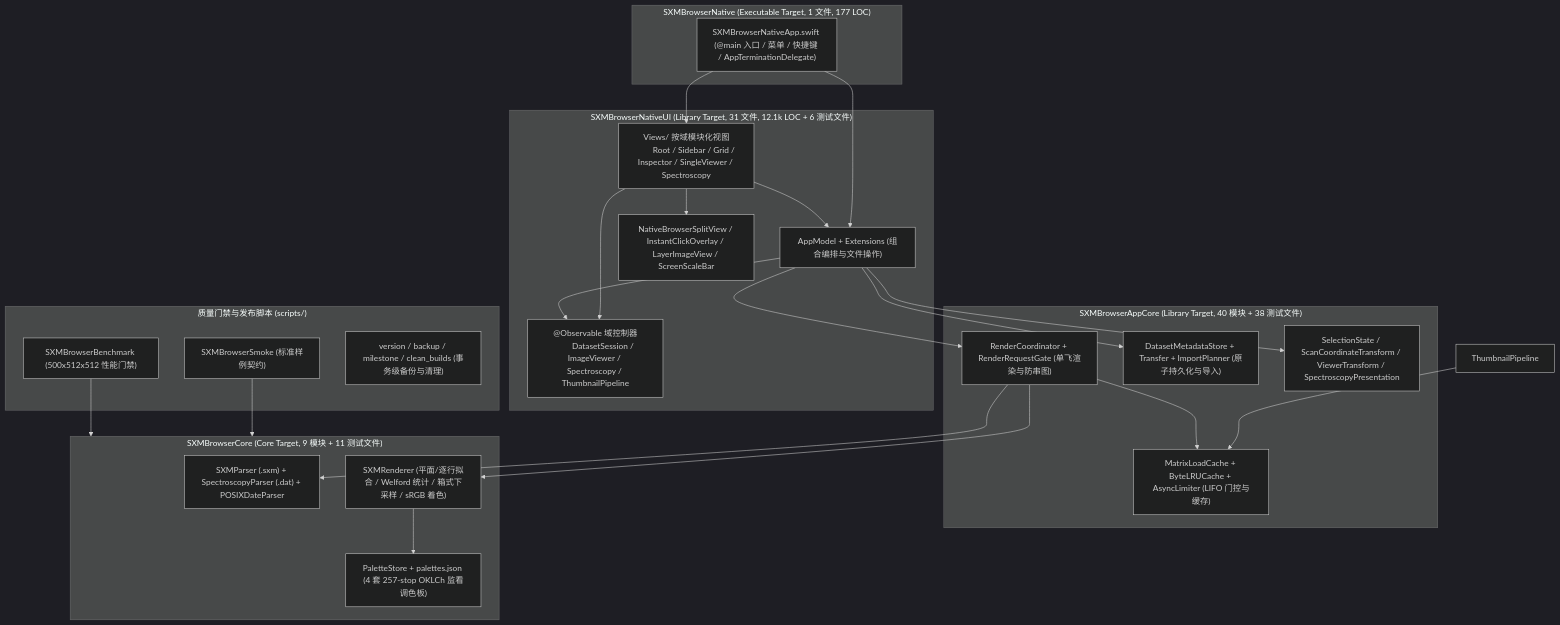
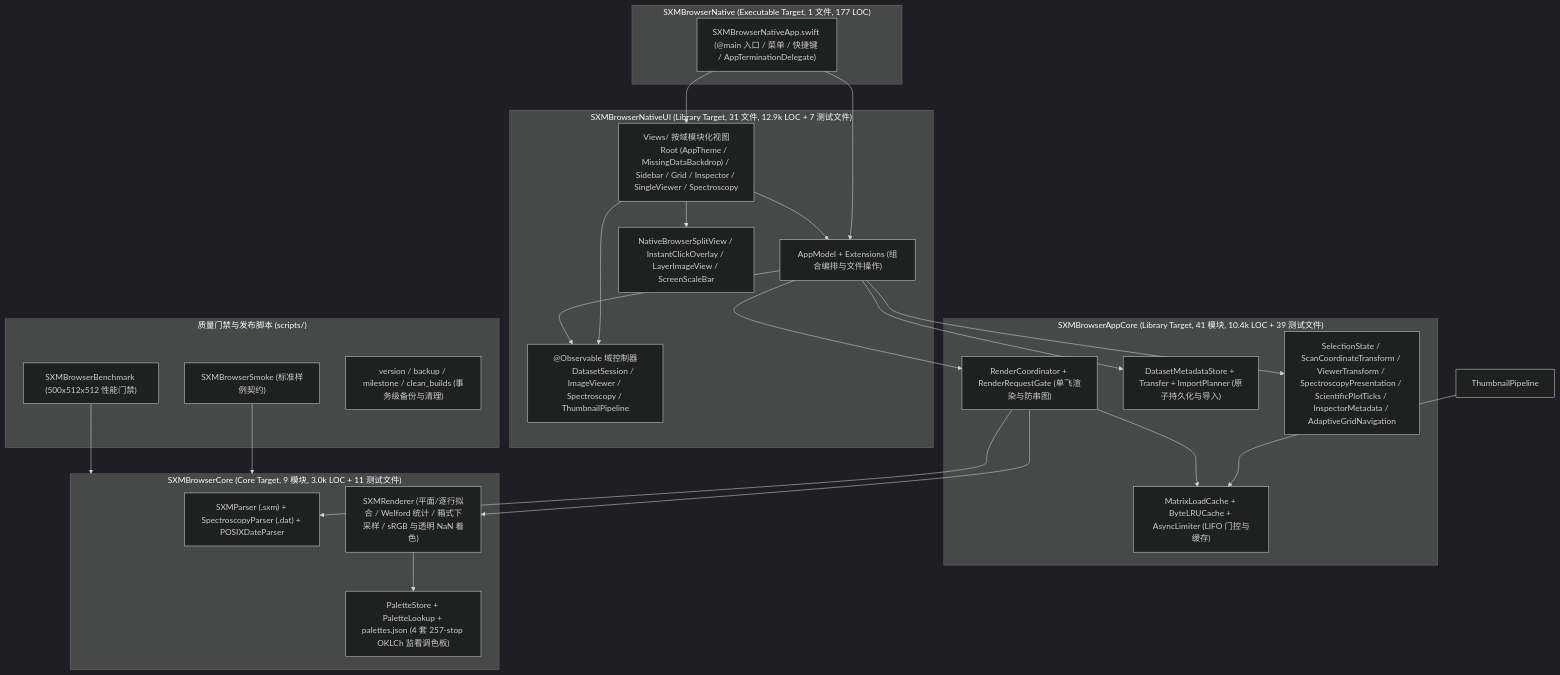
One commit to uuCicadas/SXMBrowser changed the second of 3 diagrams in ROADMAP.md. Above: the diagram before and after it, drawn with Mermaid (dark theme). The commit also changed other lines of this file and 3 other files, not shown here.

````diff
--- a/ROADMAP.md
+++ b/ROADMAP.md
@@ -47,51 +47,51 @@
 ```mermaid
 flowchart TD
     subgraph AppLayer["SXMBrowserNative (Executable Target, 1 文件, 177 LOC)"]
         AppEntry["SXMBrowserNativeApp.swift (@main 入口 / 菜单 / 快捷键 / AppTerminationDelegate)"]
     end
 
-    subgraph UILayer["SXMBrowserNativeUI (Library Target, 31 文件, 12.1k LOC + 6 测试文件)"]
+    subgraph UILayer["SXMBrowserNativeUI (Library Target, 31 文件, 12.9k LOC + 7 测试文件)"]
         AppModel["AppModel + Extensions (组合编排与文件操作)"]
         Controllers["@Observable 域控制器
         DatasetSession / ImageViewer / Spectroscopy / ThumbnailPipeline"]
         Views["Views/ 按域模块化视图
-        Root / Sidebar / Grid / Inspector / SingleViewer / Spectroscopy"]
+        Root (AppTheme / MissingDataBackdrop) / Sidebar / Grid / Inspector / SingleViewer / Spectroscopy"]
         Bridges["NativeBrowserSplitView / InstantClickOverlay / LayerImageView / ScreenScaleBar"]
     end
 
-    subgraph AppCoreLayer["SXMBrowserAppCore (Library Target, 40 模块 + 38 测试文件)"]
+    subgraph AppCoreLayer["SXMBrowserAppCore (Library Target, 41 模块, 10.4k LOC + 39 测试文件)"]
         RenderCoord["RenderCoordinator + RenderRequestGate (单飞渲染与防串图)"]
         Cache["MatrixLoadCache + ByteLRUCache + AsyncLimiter (LIFO 门控与缓存)"]
         MetaStore["DatasetMetadataStore + Transfer + ImportPlanner (原子持久化与导入)"]
-        DomainState["SelectionState / ScanCoordinateTransform / ViewerTransform / SpectroscopyPresentation"]
+        DomainState["SelectionState / ScanCoordinateTransform / ViewerTransform / SpectroscopyPresentation / ScientificPlotTicks / InspectorMetadata / AdaptiveGridNavigation"]
     end
 
-    subgraph CoreLayer["SXMBrowserCore (Core Target, 9 模块 + 11 测试文件)"]
+    subgraph CoreLayer["SXMBrowserCore (Core Target, 9 模块, 3.0k LOC + 11 测试文件)"]
         Parsers["SXMParser (.sxm) + SpectroscopyParser (.dat) + POSIXDateParser"]
-        Renderer["SXMRenderer (平面/逐行拟合 / Welford 统计 / 箱式下采样 / sRGB 着色)"]
-        Palettes["PaletteStore + palettes.json (4 套 257-stop OKLCh 监看调色板)"]
+        Renderer["SXMRenderer (平面/逐行拟合 / Welford 统计 / 箱式下采样 / sRGB 与透明 NaN 着色)"]
+        Palettes["PaletteStore + PaletteLookup + palettes.json (4 套 257-stop OKLCh 监看调色板)"]
     end
 
     subgraph Tooling["质量门禁与发布脚本 (scripts/)"]
         Smoke["SXMBrowserSmoke (标准样例契约)"]
         Bench["SXMBrowserBenchmark (500x512x512 性能门禁)"]
         Checkpoints["version / backup / milestone / clean_builds (事务级备份与清理)"]
     end
 
     AppEntry --> AppModel
     AppEntry --> Views
     Views --> AppModel
     Views --> Controllers
     Views --> Bridges
     AppModel --> Controllers
     AppModel --> RenderCoord
     AppModel --> MetaStore
     AppModel --> DomainState
     ThumbnailPipeline --> Cache
     RenderCoord --> Cache
     RenderCoord --> Renderer
     RenderCoord --> Parsers
     Renderer --> Palettes
     Smoke --> CoreLayer
     Bench --> CoreLayer
 ```
````
